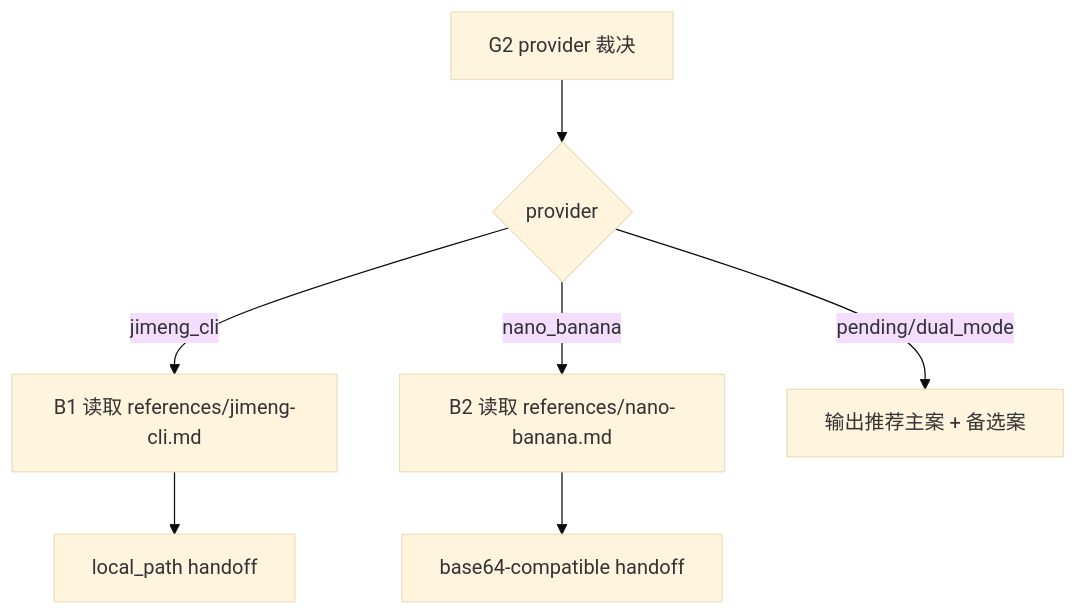
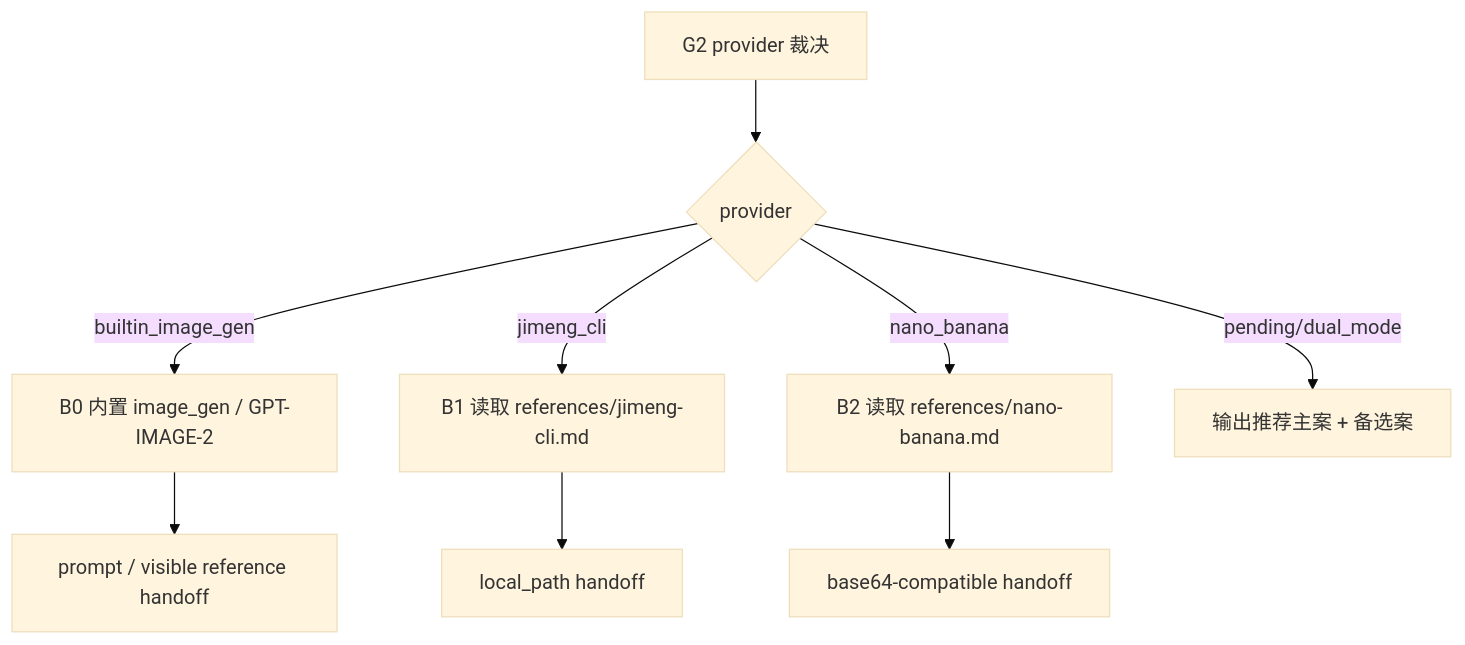
The second of 3 diagrams in .agents/skills/aigc/5-Image/3-图像生成/SKILL.md (ZEN-VOID/AI-CUT), drawn with Mermaid (base theme) before and after one commit. The commit also changed other lines of this file and 59 other files, not shown here.

````diff
--- a/.agents/skills/aigc/5-Image/3-图像生成/SKILL.md
+++ b/.agents/skills/aigc/5-Image/3-图像生成/SKILL.md
@@ -190,9 +195,11 @@
 ```mermaid
 flowchart TD
     A["G2 provider 裁决"] --> B{"provider"}
+    B -->|"builtin_image_gen"| H["B0 内置 image_gen / GPT-IMAGE-2"]
     B -->|"jimeng_cli"| C["B1 读取 references/jimeng-cli.md"]
     B -->|"nano_banana"| D["B2 读取 references/nano-banana.md"]
     B -->|"pending/dual_mode"| E["输出推荐主案 + 备选案"]
     C --> F["local_path handoff"]
     D --> G["base64-compatible handoff"]
+    H --> I["prompt / visible reference handoff"]
 ```
````
